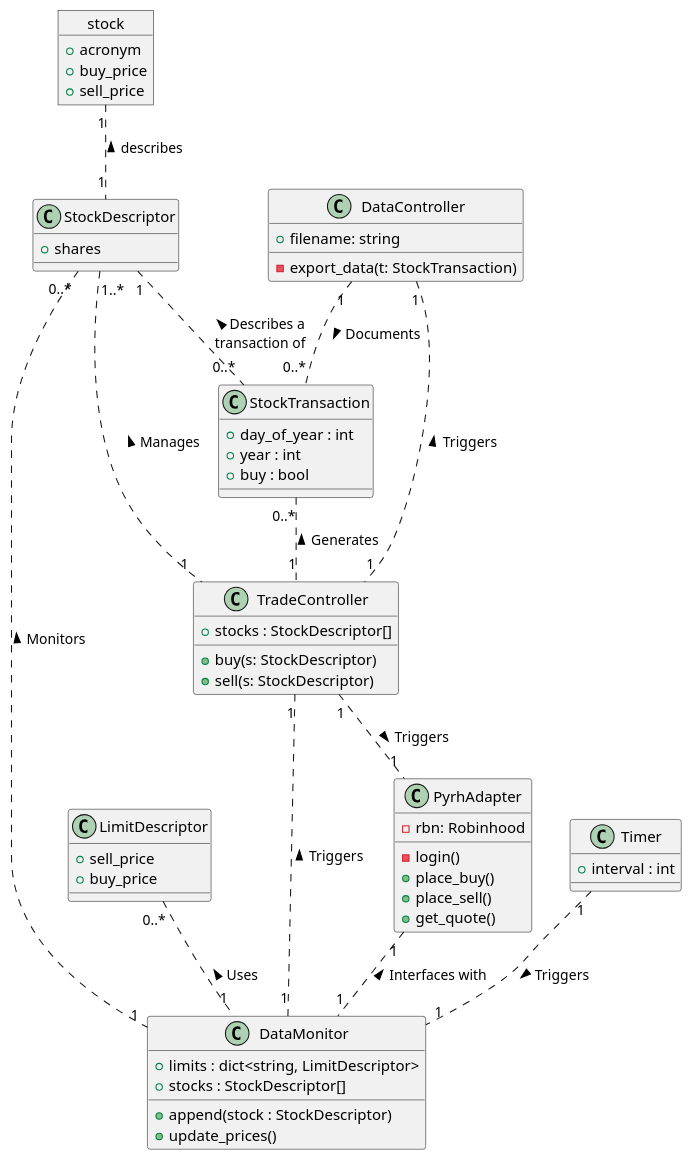
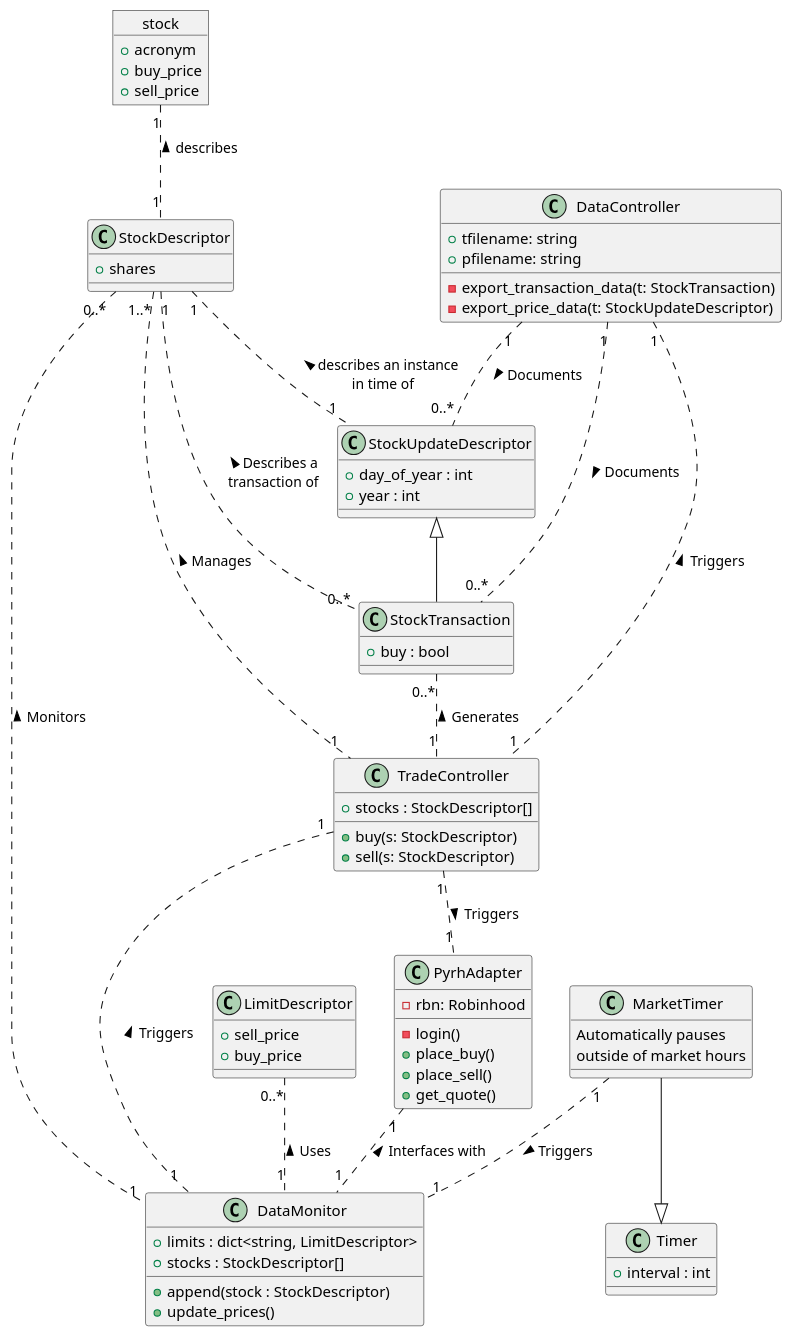
Before and after one commit to aaron-jencks/alpaca_stock_tradebot: the diagram in architecture.puml, drawn with PlantUML. The commit also changed 23 other files, not shown here.

Commit message:
Updating documentation, Created MarketTimer

```diff
--- a/architecture.puml
+++ b/architecture.puml
@@ -1,74 +1,90 @@
 @startuml "Domain Model Diagram"
 
 object stock {
     + acronym
     + buy_price
     + sell_price
 }
 
 class StockDescriptor {
     + shares
 }
+
+class StockUpdateDescriptor {
+    + day_of_year : int
+    + year : int
+}
+
+StockDescriptor "1" .. "1" StockUpdateDescriptor : < describes an instance\n in time of
 
 class LimitDescriptor {
     + sell_price
     + buy_price
 }
 
 stock "1" .. "1" StockDescriptor : < describes
 
 class TradeController {
     + stocks : StockDescriptor[]
     + buy(s: StockDescriptor)
     + sell(s: StockDescriptor)
 }
 
 StockDescriptor "1..*" .. "1" TradeController : < Manages
 
 class PyrhAdapter {
     - rbn: Robinhood
     - login()
     + place_buy()
     + place_sell()
     + get_quote()
 }
 
 TradeController "1" .. "1" PyrhAdapter : > Triggers
 
 class DataMonitor {
     + limits : dict<string, LimitDescriptor>
     + stocks : StockDescriptor[]
     + append(stock : StockDescriptor)
     + update_prices()
 }
 
 TradeController "1" .. "1" DataMonitor : < Triggers
 StockDescriptor "0..*" .. "1" DataMonitor : < Monitors
 LimitDescriptor "0..*" .. "1" DataMonitor : < Uses
 PyrhAdapter "1" .. "1" DataMonitor : < Interfaces with
 
 class Timer {
     + interval : int
 }
 
-Timer "1" .. "1" DataMonitor : > Triggers
+class MarketTimer {
+    Automatically pauses\noutside of market hours
+}
+
+MarketTimer --|> Timer
+
+MarketTimer "1" .. "1" DataMonitor : > Triggers
 
 class StockTransaction {
-    + day_of_year : int
-    + year : int
     + buy : bool
 }
+
+StockUpdateDescriptor <|-- StockTransaction
 
 StockDescriptor "1" .. "0..*" StockTransaction : < Describes a\ntransaction of
 
 StockTransaction "0..*" .. "1" TradeController : < Generates
 
 class DataController {
-    + filename: string
-    - export_data(t: StockTransaction)
+    + tfilename: string
+    + pfilename: string
+    - export_transaction_data(t: StockTransaction)
+    - export_price_data(t: StockUpdateDescriptor)
 }
 
 DataController "1" .. "1" TradeController : < Triggers
 DataController "1" .. "0..*" StockTransaction : > Documents
+DataController "1" .. "0..*" StockUpdateDescriptor : > Documents
 
 @enduml
```
